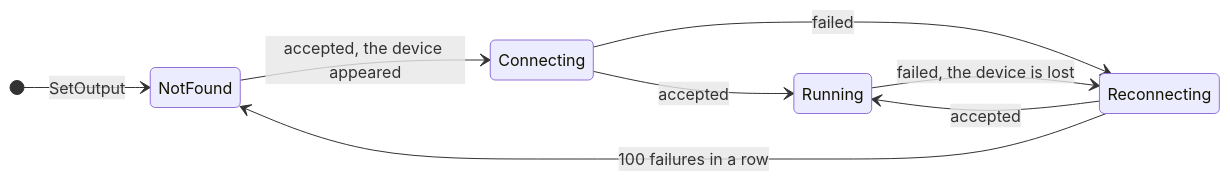
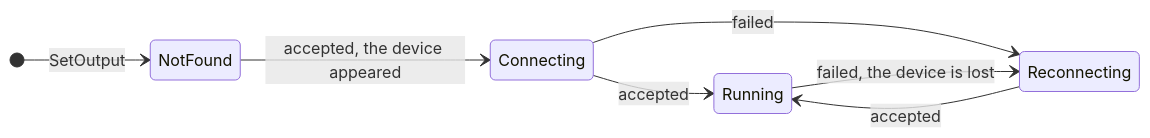
One commit to abossard/bossylights changed the fourth of 5 diagrams in docs/engine.md. Above: the diagram before and after it, drawn with Mermaid. The commit also changed 6 other files, not shown here.

````diff
--- a/docs/engine.md
+++ b/docs/engine.md
@@ -125,11 +125,10 @@
 ```mermaid
 stateDiagram-v2
   direction LR
   [*] --> NotFound: SetOutput
   NotFound --> Connecting: accepted, the device appeared
   Connecting --> Running: accepted
   Connecting --> Reconnecting: failed
   Running --> Reconnecting: failed, the device is lost
   Reconnecting --> Running: accepted
-  Reconnecting --> NotFound: 100 failures in a row
 ```
````
